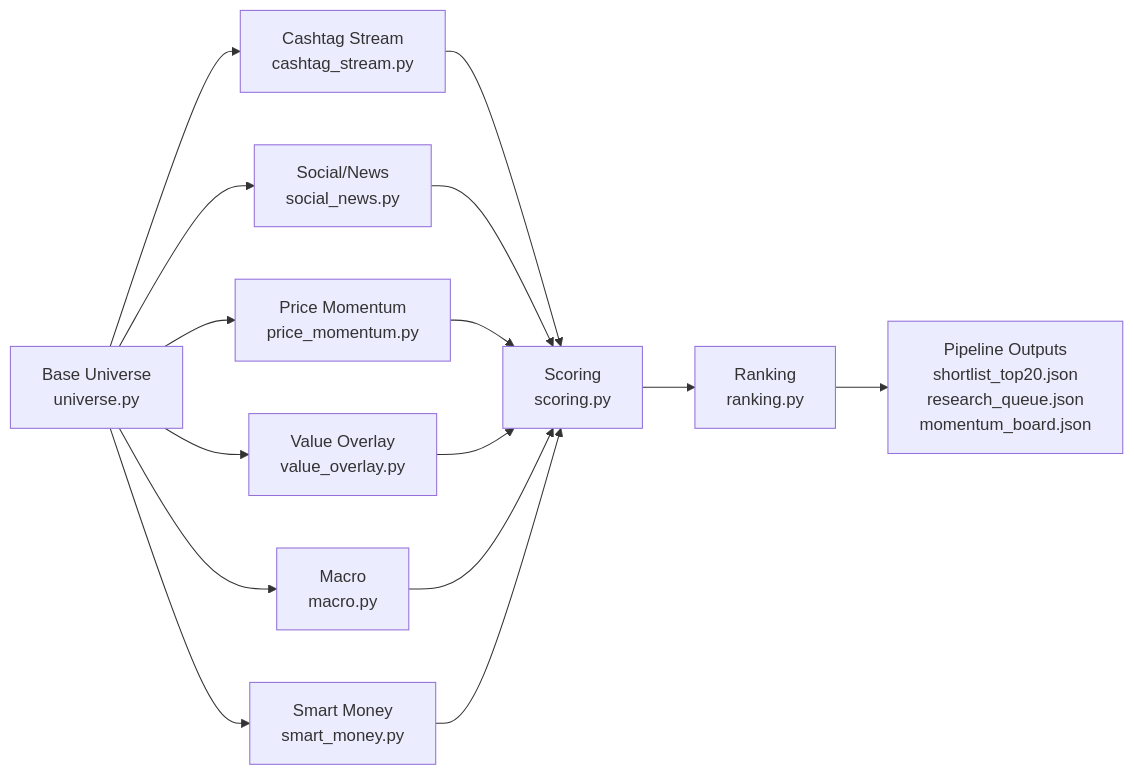
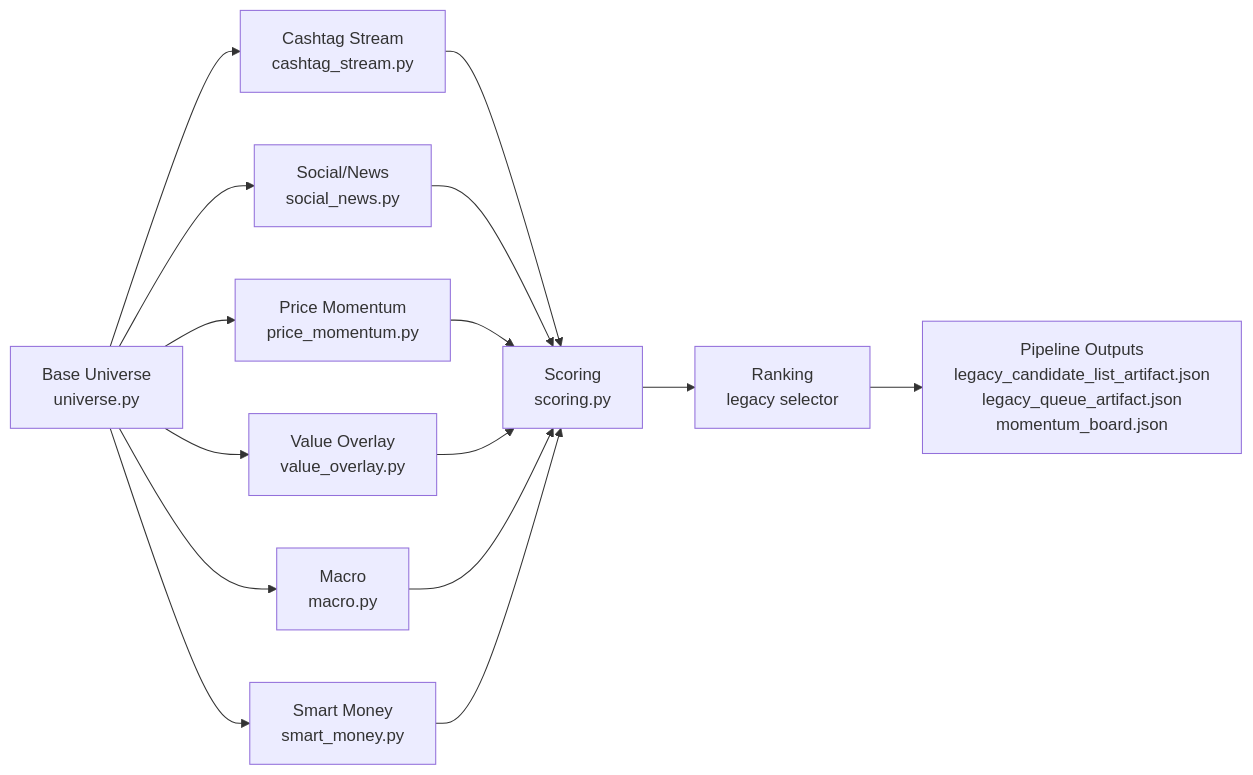
Before and after one commit to VPAeternus/Aeternus: the fifth of 7 diagrams in memory/archive/DeepWiki_System_Architecture.md, drawn with Mermaid. The commit also changed other lines of this file and 3604 other files, not shown here.

````diff
--- a/memory/archive/DeepWiki_System_Architecture.md
+++ b/memory/archive/DeepWiki_System_Architecture.md
@@ -165,19 +165,19 @@
 ```mermaid
 flowchart LR
     U["Base Universe\nuniverse.py"] --> CS["Cashtag Stream\ncashtag_stream.py"]
     U --> SN["Social/News\nsocial_news.py"]
     U --> PMO["Price Momentum\nprice_momentum.py"]
     U --> VO["Value Overlay\nvalue_overlay.py"]
     U --> MA["Macro\nmacro.py"]
     U --> SM["Smart Money\nsmart_money.py"]
 
     CS --> SC["Scoring\nscoring.py"]
     SN --> SC
     PMO --> SC
     VO --> SC
     MA --> SC
     SM --> SC
 
-    SC --> RK["Ranking\nranking.py"]
-    RK --> P["Pipeline Outputs\nshortlist_top20.json\nresearch_queue.json\nmomentum_board.json"]
+    SC --> RK["Ranking\nlegacy selector"]
+    RK --> P["Pipeline Outputs\nlegacy_candidate_list_artifact.json\nlegacy_queue_artifact.json\nmomentum_board.json"]
 ```
````
